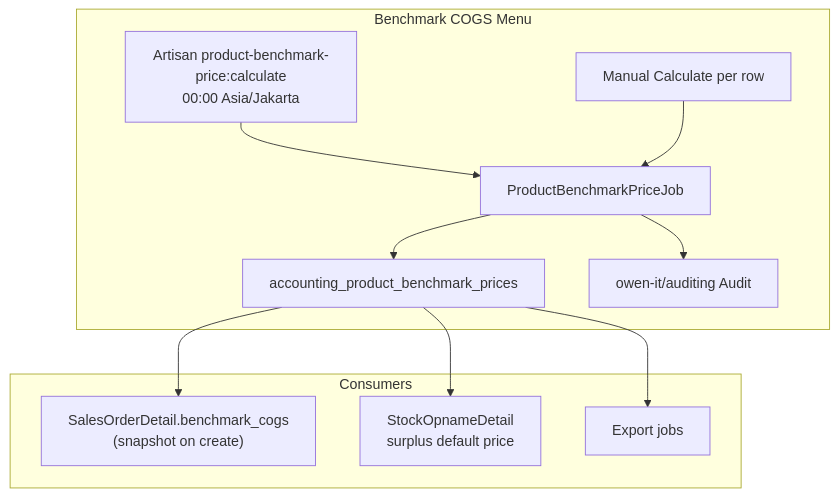
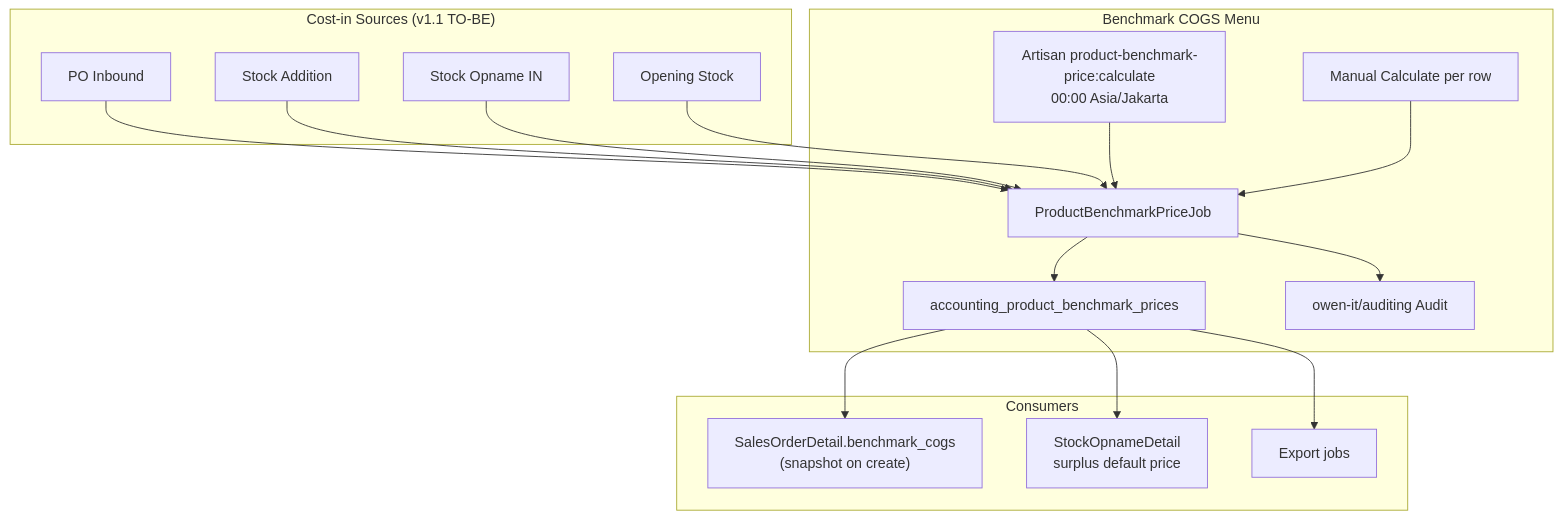
Before and after one commit to yendyr/olshoperp-docs: the diagram in qa-docs/accounting-product-benchmark-price/technical.md, drawn with Mermaid. The commit also changed other lines of this file and 36 other files, not shown here.

````diff
--- a/qa-docs/accounting-product-benchmark-price/technical.md
+++ b/qa-docs/accounting-product-benchmark-price/technical.md
@@ -29,24 +30,35 @@
 ```mermaid
 flowchart TB
+    subgraph Sources["Cost-in Sources (v1.1 TO-BE)"]
+        PO["PO Inbound"]
+        SA["Stock Addition"]
+        SO_IN["Stock Opname IN"]
+        OS["Opening Stock"]
+    end
+
     subgraph Master["Benchmark COGS Menu"]
         CMD["Artisan product-benchmark-price:calculate\n00:00 Asia/Jakarta"]
         MAN["Manual Calculate per row"]
         JOB["ProductBenchmarkPriceJob"]
         TBL["accounting_product_benchmark_prices"]
         AUD["owen-it/auditing Audit"]
     end
 
     subgraph Consumers["Consumers"]
         SO["SalesOrderDetail.benchmark_cogs\n(snapshot on create)"]
         OP["StockOpnameDetail\nsurplus default price"]
         EXP["Export jobs"]
     end
 
+    PO --> JOB
+    SA --> JOB
+    SO_IN --> JOB
+    OS --> JOB
     CMD --> JOB
     MAN --> JOB
     JOB --> TBL
     JOB --> AUD
     TBL --> SO
     TBL --> OP
     TBL --> EXP
 ```
````
